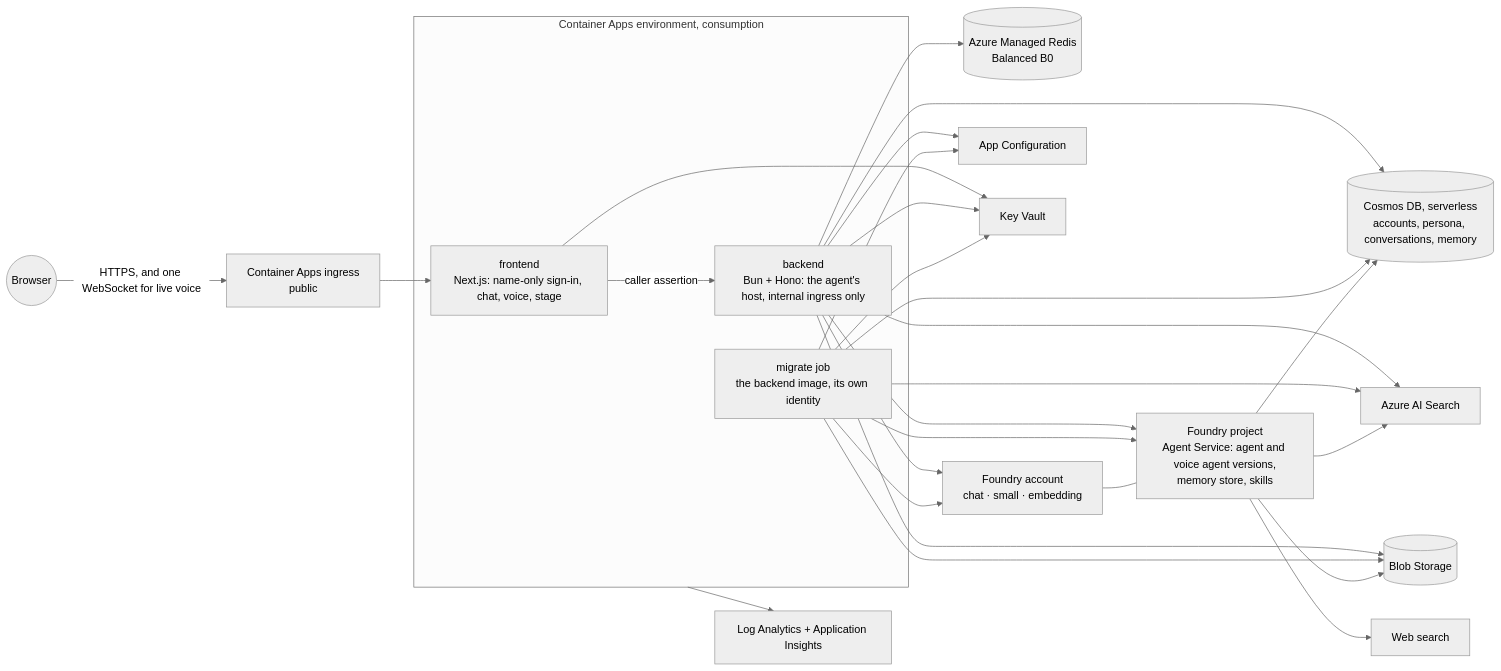
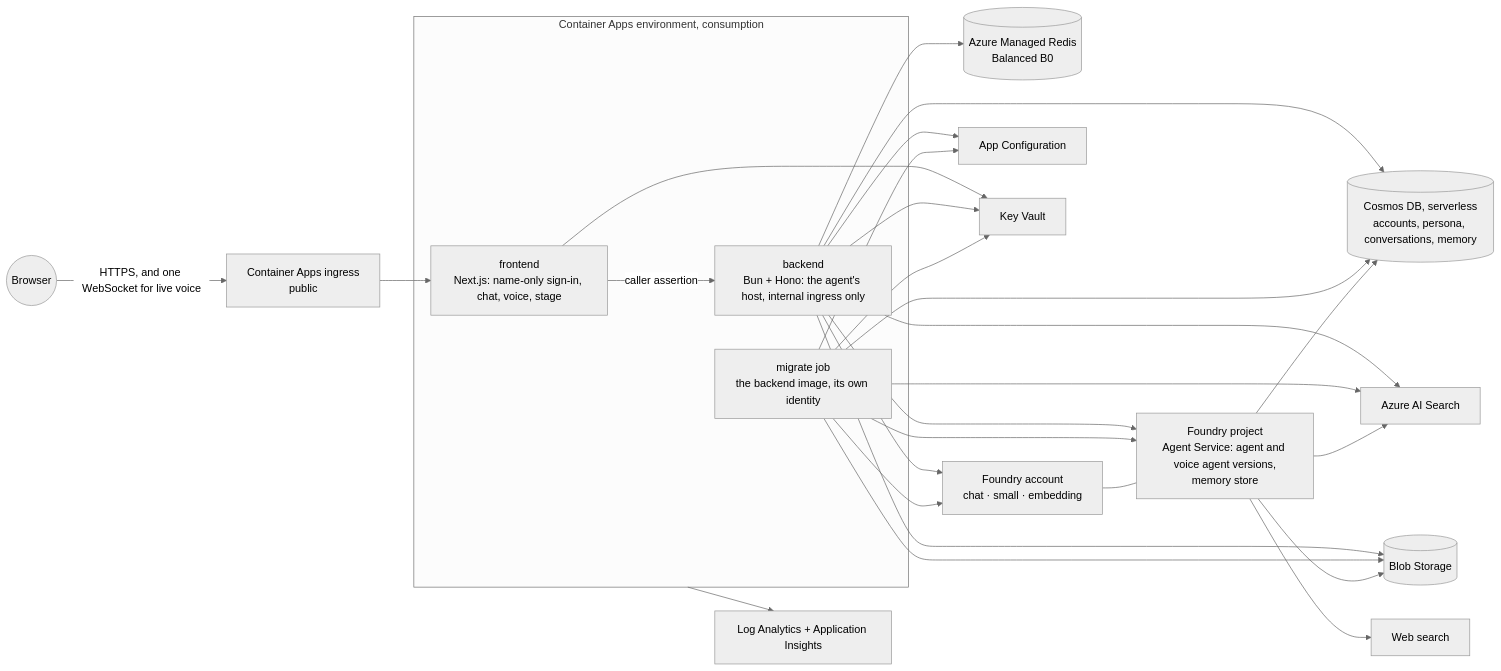
Before and after one commit to Impact-AI/foundry-agents: the first of 6 diagrams in docs/architecture.md, drawn with Mermaid (neutral theme). The commit also changed other lines of this file and 44 other files, not shown here.

````diff
--- a/docs/architecture.md
+++ b/docs/architecture.md
@@ -20,23 +20,23 @@
 ```mermaid
 flowchart LR
   user((Browser)) -->|HTTPS, and one WebSocket for live voice| ingress[Container Apps ingress<br/>public]
   ingress --> frontend
   subgraph cae [Container Apps environment, consumption]
     frontend[frontend<br/>Next.js: name-only sign-in, chat, voice, stage]
     backend[backend<br/>Bun + Hono: the agent's host, internal ingress only]
     migrate[migrate job<br/>the backend image, its own identity]
     frontend -->|caller assertion| backend
   end
-  backend --> project[Foundry project<br/>Agent Service: agent and voice agent versions,<br/>memory store, skills]
+  backend --> project[Foundry project<br/>Agent Service: agent and voice agent versions,<br/>memory store]
   backend --> cosmos[(Cosmos DB, serverless<br/>accounts, persona, conversations, memory)]
   backend --> redis[(Azure Managed Redis<br/>Balanced B0)]
   backend --> search[Azure AI Search]
   backend --> oai[Foundry account<br/>chat · small · embedding]
   backend --> blob[(Blob Storage)]
   backend --> appcs[App Configuration]
   migrate --> project & cosmos & search & appcs & blob & oai
   frontend & backend & migrate --> kv[Key Vault]
   cae --> mon[Log Analytics + Application Insights]
   oai --- project
   project --> cosmos & search & blob & web[Web search]
 ```
````
